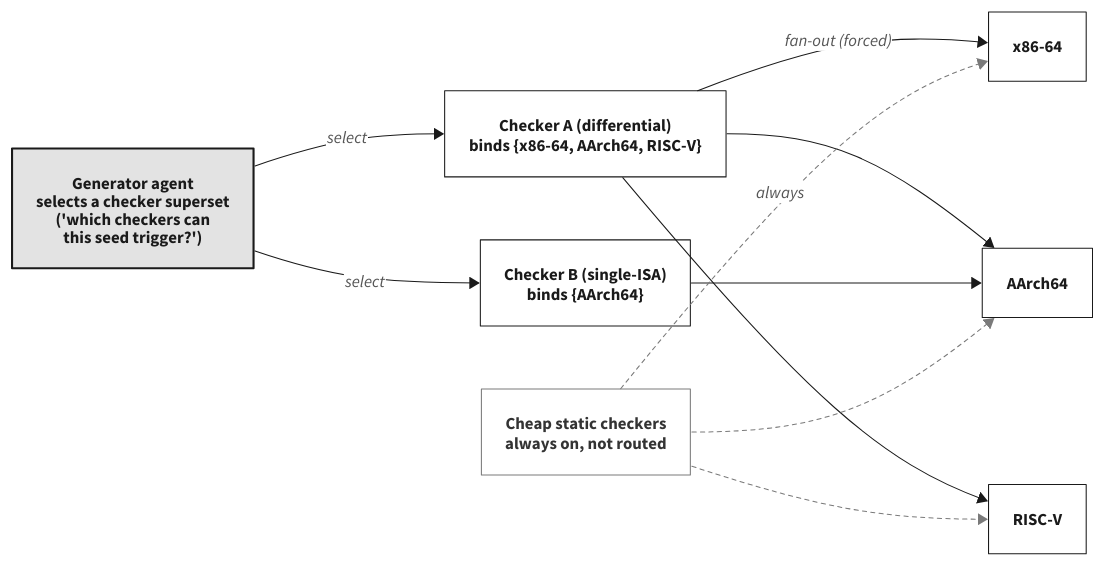
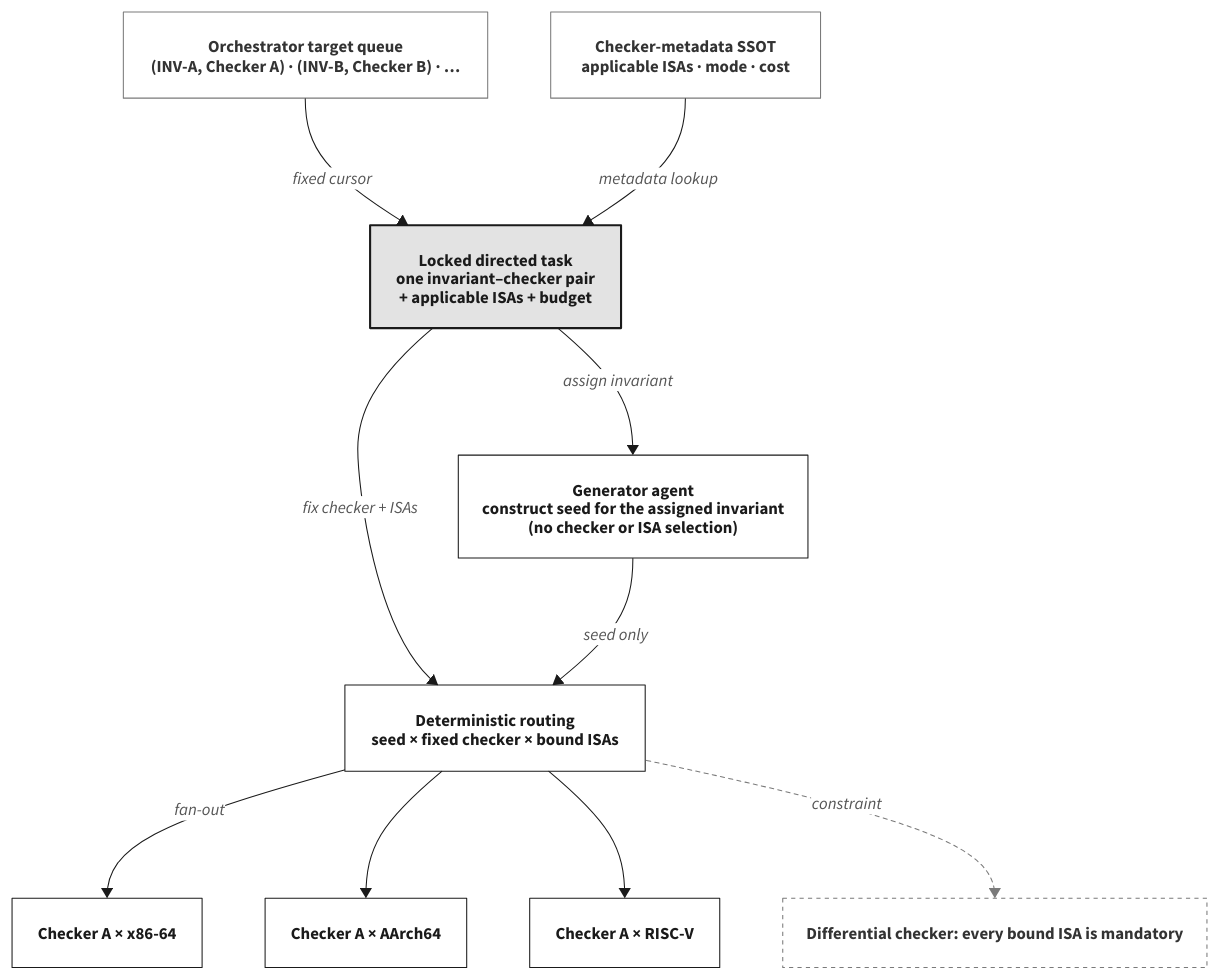
One commit to zjy-dev/de-fuzz changed the diagram in docs/paper/figures/src/checker-routing.d2. Above: the diagram before and after it, drawn with D2. The commit also changed 20 other files, not shown here.

```diff
--- a/docs/paper/figures/src/checker-routing.d2
+++ b/docs/paper/figures/src/checker-routing.d2
@@ -1,32 +1,31 @@
-# Fig: checker-bound ISA routing (academic monochrome)
+# Fig: orchestrator-owned invariant-checker routing (academic monochrome)
 # render: d2 --theme=0 --pad=8 checker-routing.d2 ../checker-routing.svg
 
 classes: {
-  agent:  { style: { fill: "#E3E3E3"; stroke: "#1A1A1A"; stroke-width: 2; font-color: "#1A1A1A" } }
-  checker:{ style: { fill: white; stroke: "#1A1A1A"; stroke-width: 1; font-color: "#1A1A1A" } }
-  always: { style: { fill: white; stroke: "#7A7A7A"; stroke-width: 1; font-color: "#333333" } }
-  isa:    { style: { fill: white; stroke: "#1A1A1A"; stroke-width: 1; font-color: "#1A1A1A" } }
+  state: { style: { fill: white; stroke: "#7A7A7A"; stroke-width: 1; font-color: "#333333" } }
+  key:   { style: { fill: "#E3E3E3"; stroke: "#1A1A1A"; stroke-width: 2; font-color: "#1A1A1A" } }
+  node:  { style: { fill: white; stroke: "#1A1A1A"; stroke-width: 1; font-color: "#1A1A1A" } }
+  note:  { style: { fill: white; stroke: "#7A7A7A"; stroke-width: 1; stroke-dash: 4; font-color: "#333333" } }
 }
 
-direction: right
+direction: down
 
-agent: "Generator agent\nselects a checker superset\n('which checkers can\nthis seed trigger?')" { class: agent }
+queue: "Orchestrator target queue\n(INV-A, Checker A) · (INV-B, Checker B) · …" { class: state }
+meta: "Checker-metadata SSOT\napplicable ISAs · mode · cost" { class: state }
+lock: "Locked directed task\none invariant–checker pair\n+ applicable ISAs + budget" { class: key }
+gen: "Generator agent\nconstruct seed for the assigned invariant\n(no checker or ISA selection)" { class: node }
+routing: "Deterministic routing\nseed × fixed checker × bound ISAs" { class: node }
+x86: "Checker A × x86-64" { class: node }
+arm: "Checker A × AArch64" { class: node }
+rv: "Checker A × RISC-V" { class: node }
+rule: "Differential checker: every bound ISA is mandatory" { class: note }
 
-cA: "Checker A (differential)\nbinds {x86-64, AArch64, RISC-V}" { class: checker }
-cB: "Checker B (single-ISA)\nbinds {AArch64}" { class: checker }
-cheap: "Cheap static checkers\nalways on, not routed" { class: always }
-
-x86: "x86-64" { class: isa }
-arm: "AArch64" { class: isa }
-rv: "RISC-V" { class: isa }
-
-agent -> cA: "select" { style: { stroke: "#1A1A1A"; stroke-width: 1; font-color: "#555555" } }
-agent -> cB: "select" { style: { stroke: "#1A1A1A"; stroke-width: 1; font-color: "#555555" } }
-
-cA -> x86: "fan-out (forced)" { style: { stroke: "#1A1A1A"; stroke-width: 1; font-color: "#555555" } }
-cA -> arm: "" { style: { stroke: "#1A1A1A"; stroke-width: 1 } }
-cA -> rv: "" { style: { stroke: "#1A1A1A"; stroke-width: 1 } }
-cB -> arm: "" { style: { stroke: "#1A1A1A"; stroke-width: 1 } }
-cheap -> x86: "always" { style: { stroke: "#7A7A7A"; stroke-width: 1; stroke-dash: 4; font-color: "#555555" } }
-cheap -> arm: "" { style: { stroke: "#7A7A7A"; stroke-width: 1; stroke-dash: 4 } }
-cheap -> rv: "" { style: { stroke: "#7A7A7A"; stroke-width: 1; stroke-dash: 4 } }
+queue -> lock: "fixed cursor" { style: { stroke: "#1A1A1A"; stroke-width: 1; font-color: "#555555" } }
+meta -> lock: "metadata lookup" { style: { stroke: "#1A1A1A"; stroke-width: 1; font-color: "#555555" } }
+lock -> gen: "assign invariant" { style: { stroke: "#1A1A1A"; stroke-width: 1; font-color: "#555555" } }
+lock -> routing: "fix checker + ISAs" { style: { stroke: "#1A1A1A"; stroke-width: 1; font-color: "#555555" } }
+gen -> routing: "seed only" { style: { stroke: "#1A1A1A"; stroke-width: 1; font-color: "#555555" } }
+routing -> x86: "fan-out" { style: { stroke: "#1A1A1A"; stroke-width: 1; font-color: "#555555" } }
+routing -> arm: "" { style: { stroke: "#1A1A1A"; stroke-width: 1 } }
+routing -> rv: "" { style: { stroke: "#1A1A1A"; stroke-width: 1 } }
+routing -> rule: "constraint" { style: { stroke: "#7A7A7A"; stroke-width: 1; stroke-dash: 4; font-color: "#555555" } }
```
